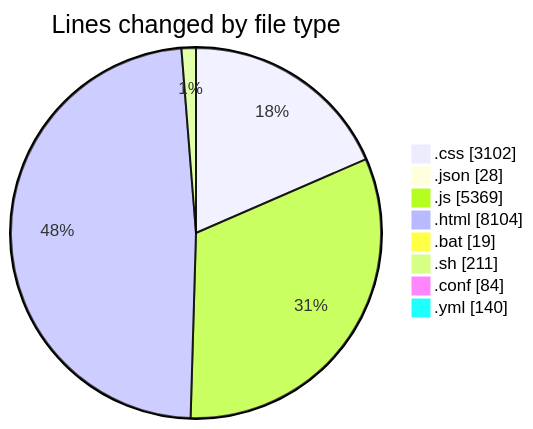
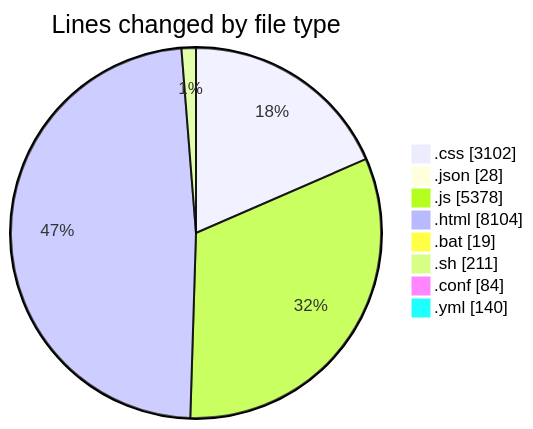
Before and after one commit to becaeroporto-bot/code-tracking: the first of 2 diagrams in 2026-02-18/bot_v1_2/README.md, drawn with Mermaid. The commit also changed other lines of this file and 1 other file, not shown here.

````diff
--- a/2026-02-18/bot_v1_2/README.md
+++ b/2026-02-18/bot_v1_2/README.md
@@ -44,12 +44,12 @@
 ```mermaid
 pie showData
 title Lines changed by file type
 ".css" : 3102
 ".json" : 28
-".js" : 5369
+".js" : 5378
 ".html" : 8104
 ".bat" : 19
 ".sh" : 211
 ".conf" : 84
 ".yml" : 140
 ```
````
